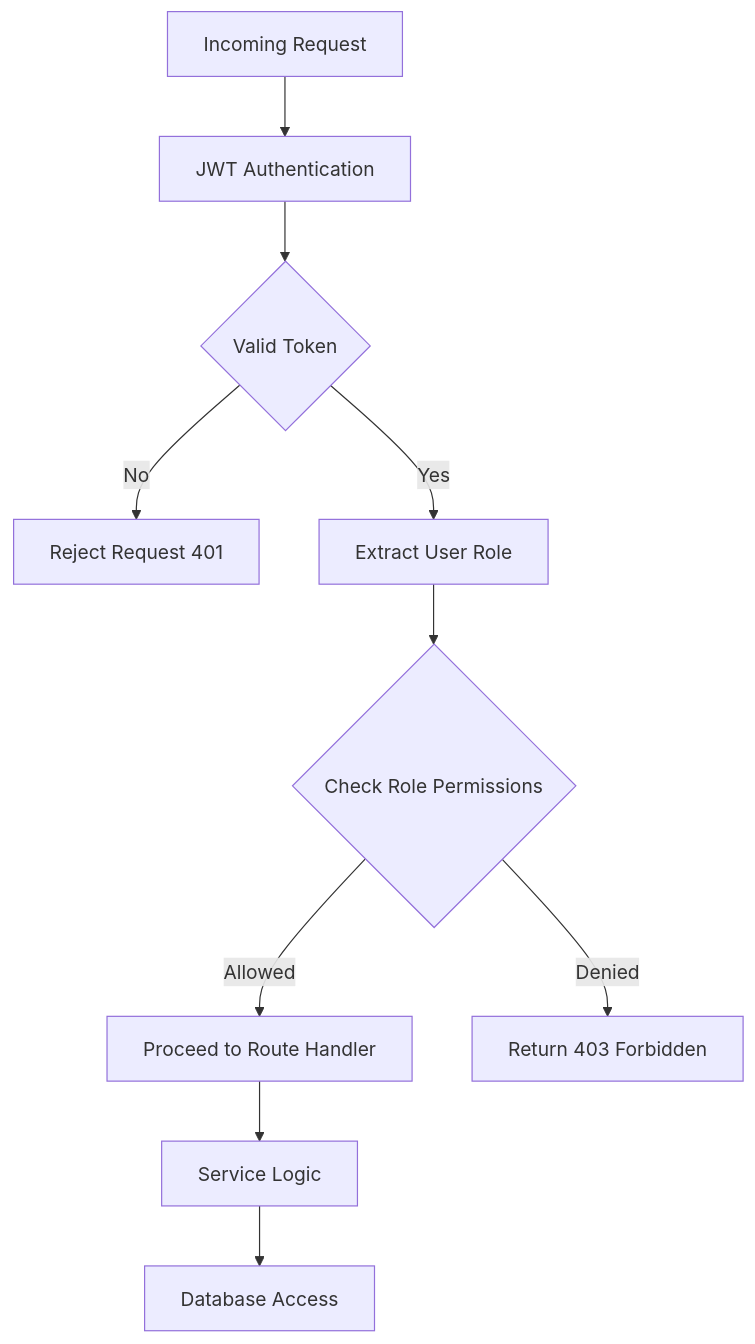
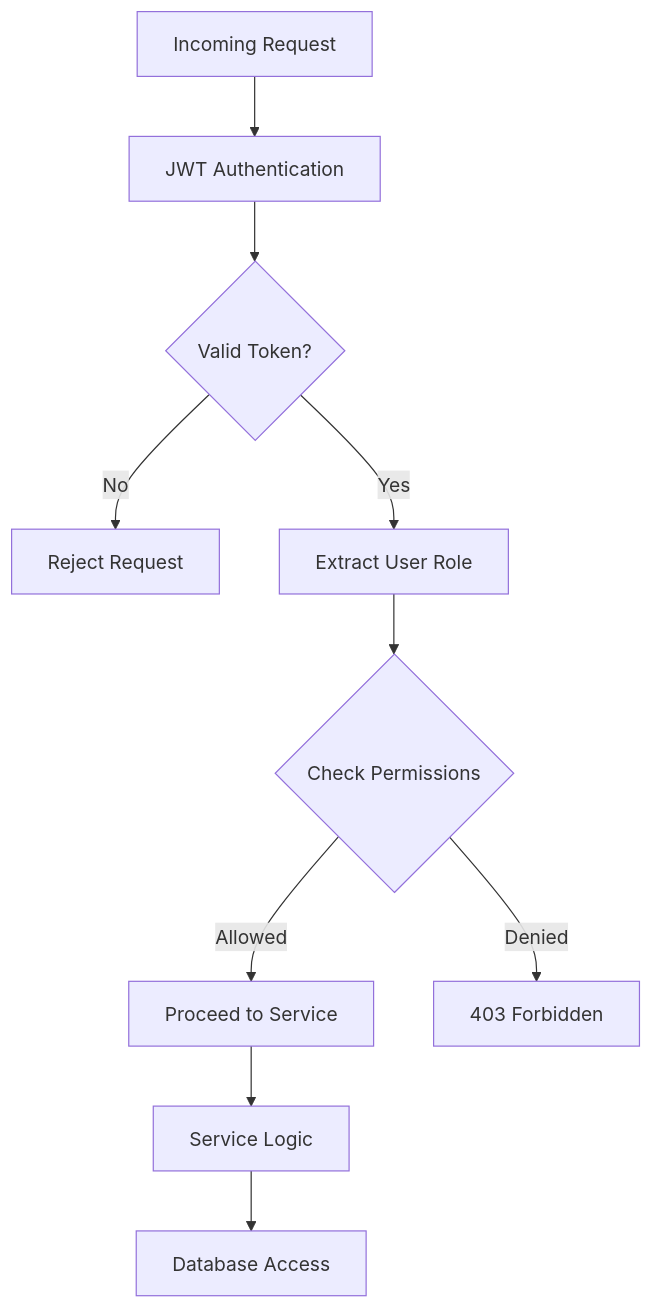
The fourth of 5 diagrams in README.md (Ktripathi2611/event-hub), drawn with Mermaid before and after one commit. The commit also changed other lines of this file and 8 other files, not shown here.

Commit message:
feat: implement full-stack event platform with React SPA, Express backend, and SQLite schema.

````diff
--- a/README.md
+++ b/README.md
@@ -166,18 +406,18 @@
 ```mermaid
 flowchart TD
 
 A[Incoming Request] --> B[JWT Authentication]
 
-B --> C{Valid Token}
+B --> C{Valid Token?}
 
-C -->|No| D[Reject Request 401]
+C -->|No| D[Reject Request]
 C -->|Yes| E[Extract User Role]
 
-E --> F{Check Role Permissions}
+E --> F{Check Permissions}
 
-F -->|Allowed| G[Proceed to Route Handler]
-F -->|Denied| H[Return 403 Forbidden]
+F -->|Allowed| G[Proceed to Service]
+F -->|Denied| H[403 Forbidden]
 
 G --> I[Service Logic]
 I --> J[Database Access]
 ```
````
